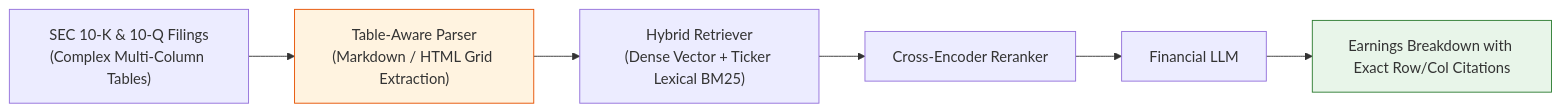
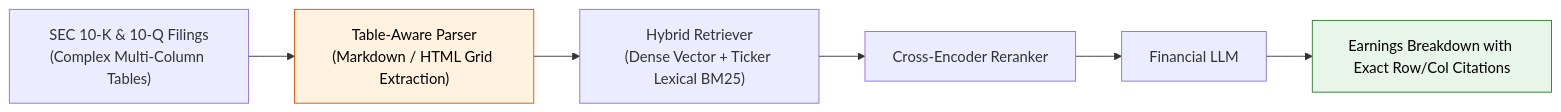
One commit to swapnil3104/RAG-Engineering changed the second of 6 diagrams in 00-Introduction-to-RAG/RAG-Use-Cases.md. Above: the diagram before and after it, drawn with Mermaid. The commit also changed other lines of this file and 108 other files, not shown here.

Commit message:
fix: make chart text visible across all Mermaid diagrams and resolve markdown table formatting issues

````diff
--- a/00-Introduction-to-RAG/RAG-Use-Cases.md
+++ b/00-Introduction-to-RAG/RAG-Use-Cases.md
@@ -46,11 +46,11 @@
 ```mermaid
 flowchart LR
     SecFilings["SEC 10-K & 10-Q Filings<br/>(Complex Multi-Column Tables)"] --> TableParser["Table-Aware Parser<br/>(Markdown / HTML Grid Extraction)"]
     TableParser --> HybridSearch["Hybrid Retriever<br/>(Dense Vector + Ticker Lexical BM25)"]
     HybridSearch --> CE["Cross-Encoder Reranker"]
     CE --> LLM["Financial LLM"]
     LLM --> VerifiedInsight["Earnings Breakdown with Exact Row/Col Citations"]
 
-    style TableParser fill:#fff3e0,stroke:#e65100
-    style VerifiedInsight fill:#e8f5e9,stroke:#2e7d32
+    style TableParser fill:#fff3e0,stroke:#e65100,color:#000000
+    style VerifiedInsight fill:#e8f5e9,stroke:#2e7d32,color:#000000
 ```
````
